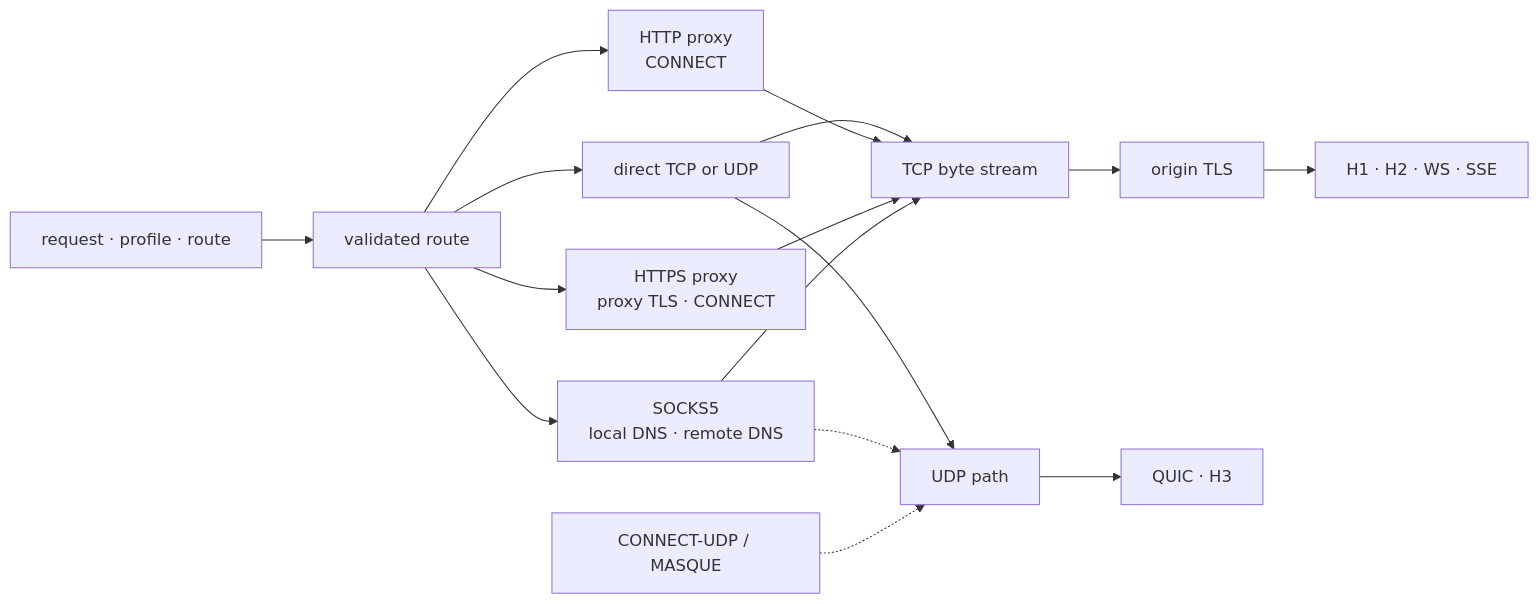
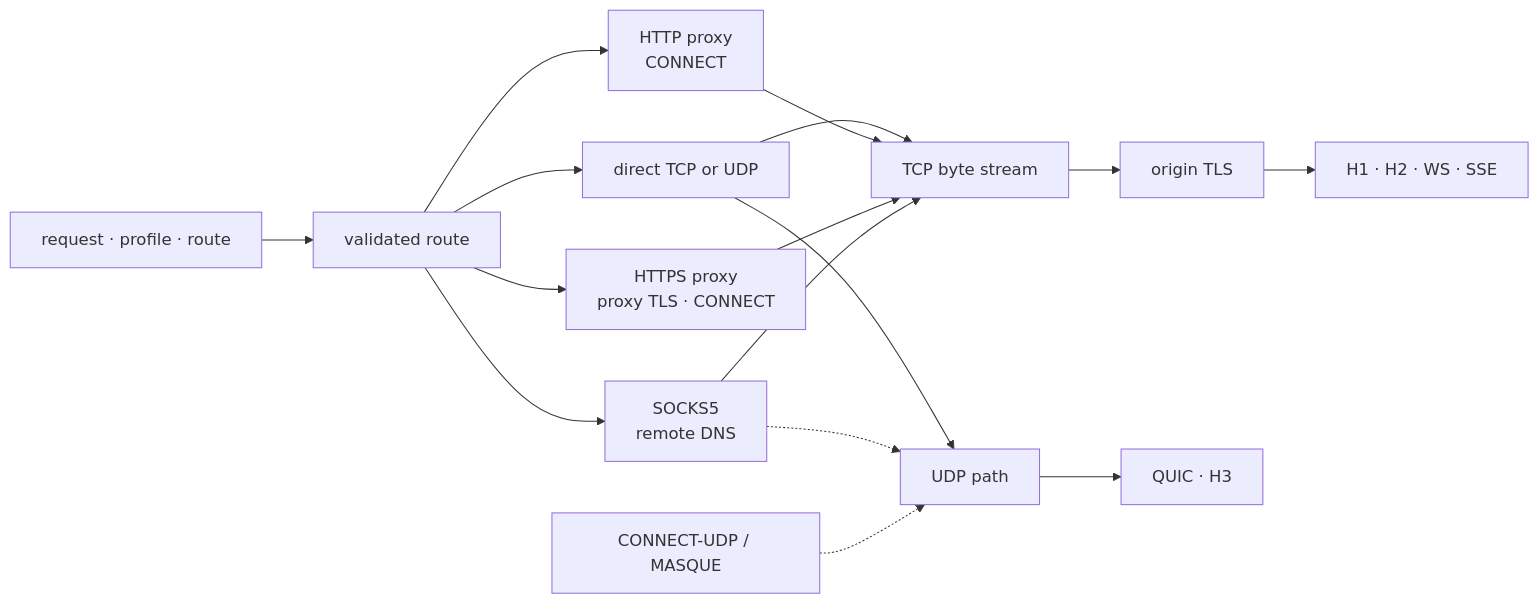
The second of 4 diagrams in docs/architecture.md (bywayhq/phantom), drawn with Mermaid before and after one commit. The commit also changed other lines of this file and 31 other files, not shown here.

Commit message:
feat(proxy): add remote-dns socks5 routes

````diff
--- a/docs/architecture.md
+++ b/docs/architecture.md
@@ -93,18 +93,18 @@
 ```mermaid
 flowchart LR
     Input["request · profile · route"] --> Route["validated route"]
     Route --> Direct["direct TCP or UDP"]
     Route --> Http["HTTP proxy<br/>CONNECT"]
     Route --> Https["HTTPS proxy<br/>proxy TLS · CONNECT"]
-    Route --> Socks["SOCKS5<br/>local DNS · remote DNS"]
+    Route --> Socks["SOCKS5<br/>remote DNS"]
     Direct --> Tcp["TCP byte stream"]
     Http --> Tcp
     Https --> Tcp
     Socks --> Tcp
     Direct --> Udp["UDP path"]
     Socks -.-> Udp
     Tcp --> OriginTls["origin TLS"]
     OriginTls --> H1H2["H1 · H2 · WS · SSE"]
     Udp --> Quic["QUIC · H3"]
     Masque["CONNECT-UDP / MASQUE"] -.-> Udp
 ```
````
